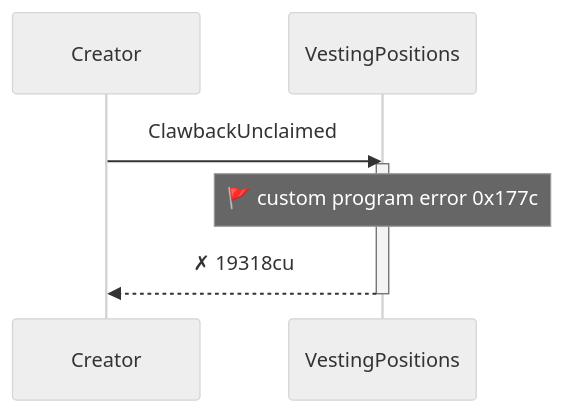
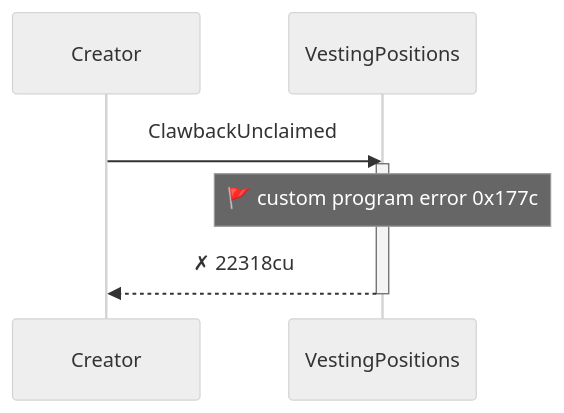
The seventh of 9 diagrams in babelfish-tests/test-report/clawback_unclaimed_fails_if_already_claimed.md (cds-turbin3/vesting-position), drawn with Mermaid (neutral theme) before and after one commit. The commit also changed other lines of this file and 106 other files, not shown here.

````diff
--- a/babelfish-tests/test-report/clawback_unclaimed_fails_if_already_claimed.md
+++ b/babelfish-tests/test-report/clawback_unclaimed_fails_if_already_claimed.md
@@ -369,10 +381,10 @@
 ```mermaid
 sequenceDiagram
     participant p0 as Creator
     participant p1 as VestingPositions
     p0->>p1: ClawbackUnclaimed
     activate p1
     note over p1: 🚩 custom program error  0x177c
-    p1-->>p0: ✗ 19318cu
+    p1-->>p0: ✗ 22318cu
     deactivate p1
 ```
````
